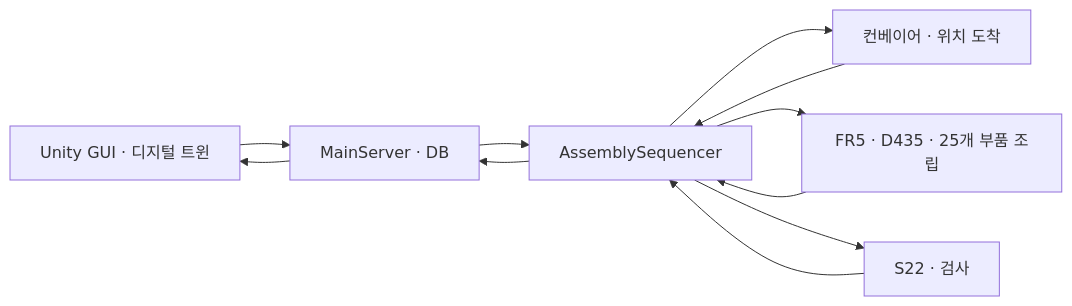
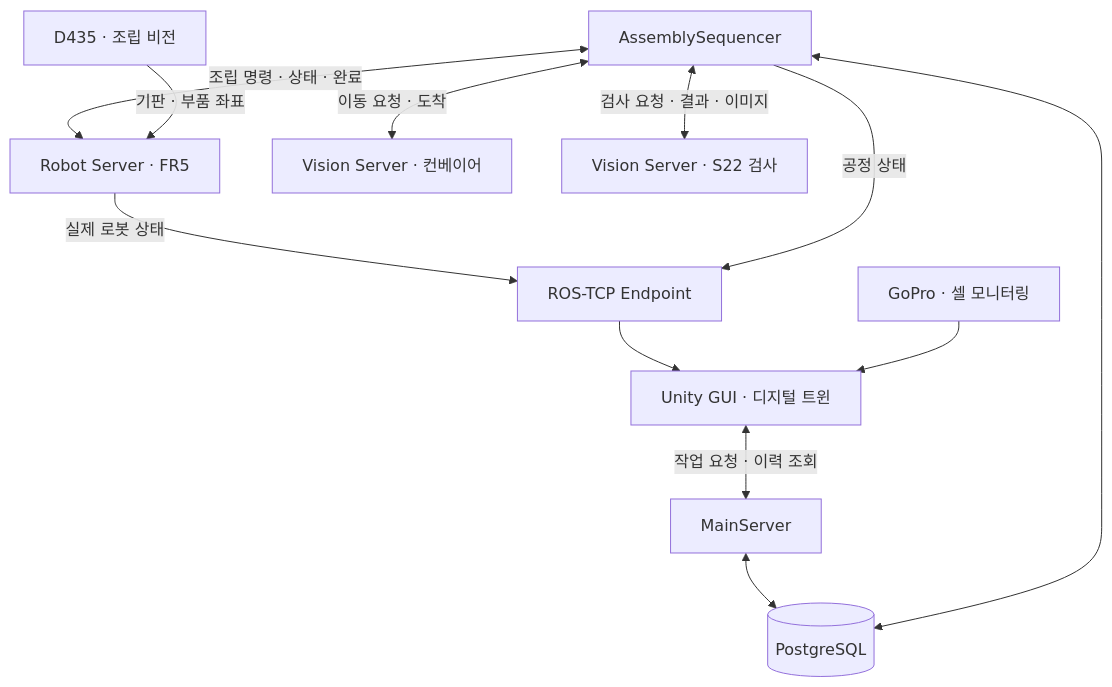
Before and after one commit to eduwing-robotics/ros2-ai-cobot-repo1: the first of 3 diagrams in README.md, drawn with Mermaid. The commit also changed other lines of this file, not shown here.

````diff
--- a/README.md
+++ b/README.md
@@ -23,13 +116,14 @@
 ```mermaid
-flowchart LR
-  U[Unity GUI · 디지털 트윈] --> M[MainServer · DB]
-  M --> S[AssemblySequencer]
-  S --> C[컨베이어 · 위치 도착]
-  S --> R[FR5 · D435 · 25개 부품 조립]
-  S --> V[S22 · 검사]
-  C --> S
-  R --> S
-  V --> S
-  S --> M
-  M --> U
+flowchart TB
+  UI[Unity GUI · 디지털 트윈] <-->|작업 요청 · 이력 조회| M[MainServer]
+  M <--> DB[(PostgreSQL)]
+  S[AssemblySequencer] <--> DB
+  S <-->|조립 명령 · 상태 · 완료| R[Robot Server · FR5]
+  D[D435 · 조립 비전] -->|기판 · 부품 좌표| R
+  S <-->|이동 요청 · 도착| C[Vision Server · 컨베이어]
+  S <-->|검사 요청 · 결과 · 이미지| V[Vision Server · S22 검사]
+  R -->|실제 로봇 상태| E[ROS-TCP Endpoint]
+  S -->|공정 상태| E
+  E --> UI
+  G[GoPro · 셀 모니터링] --> UI
 ```
````
